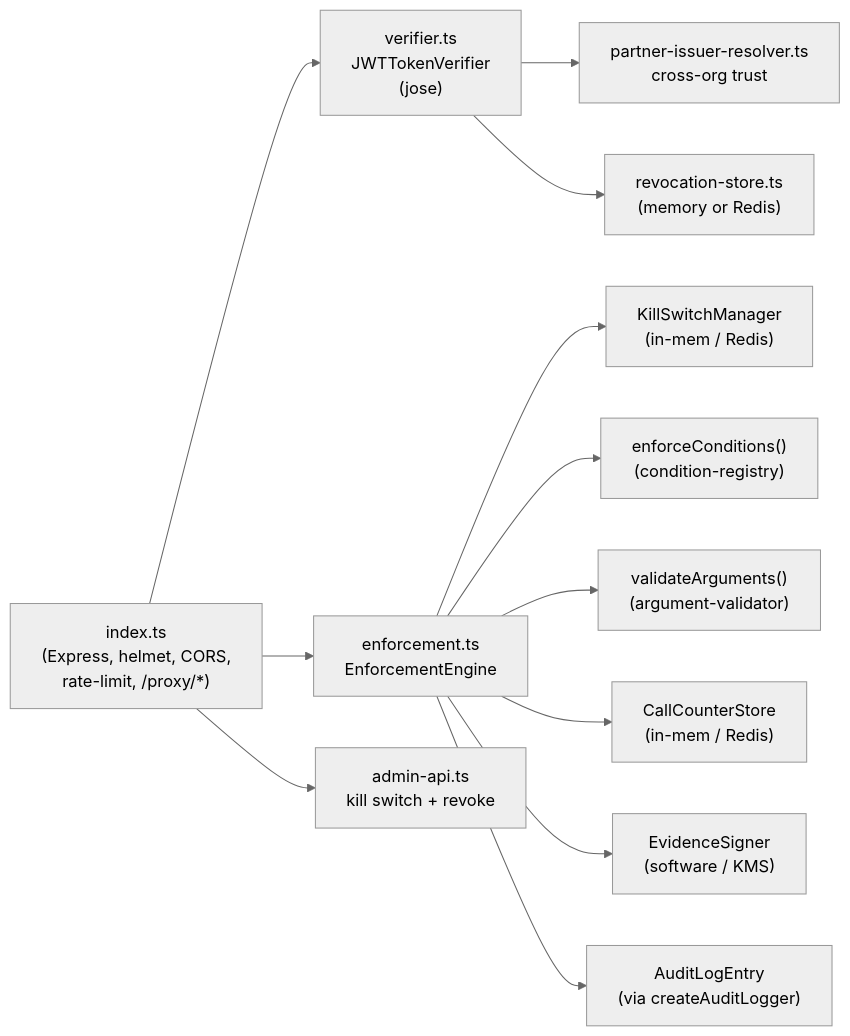
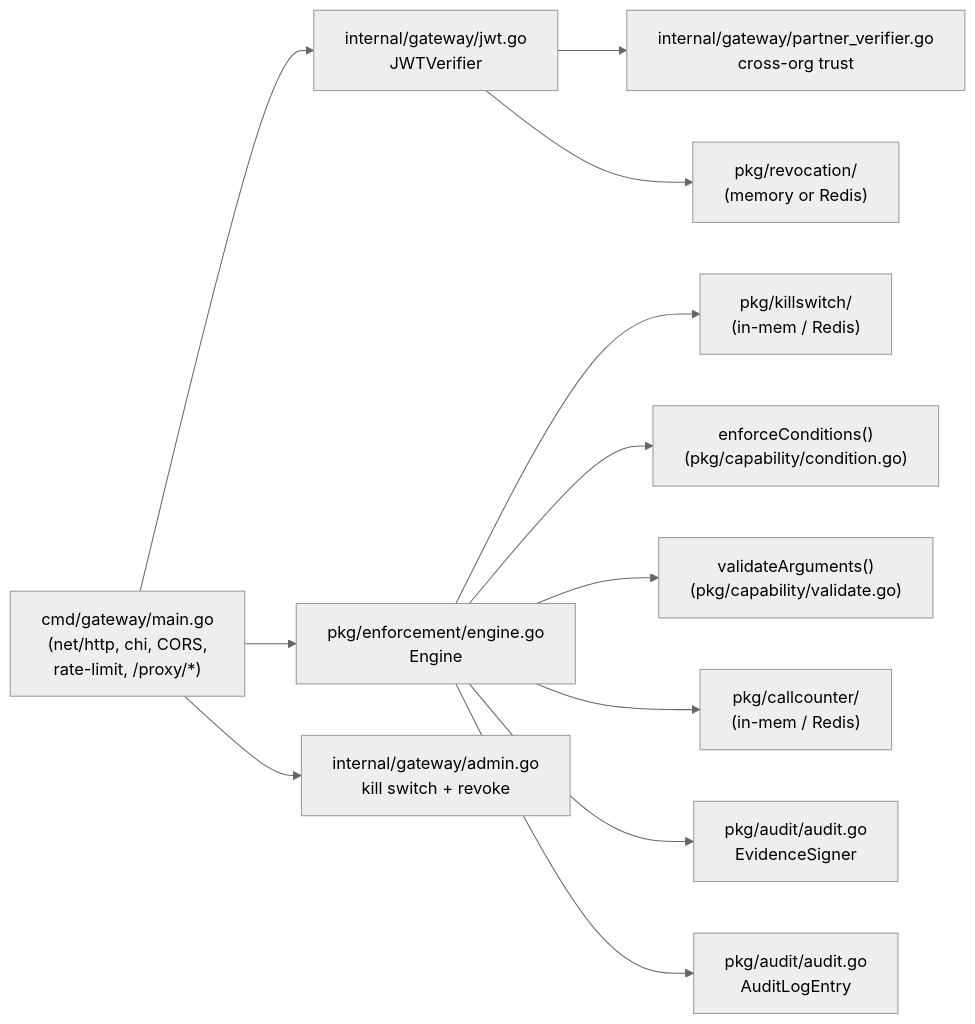
The fourth of 14 diagrams in docs/ARCHITECTURE.md (eunolabs/eunox), drawn with Mermaid (neutral theme) before and after one commit. The commit also changed other lines of this file, not shown here.

Commit message:
docs: begin updating TypeScript references to Go in ARCHITECTURE.md

````diff
--- a/docs/ARCHITECTURE.md
+++ b/docs/ARCHITECTURE.md
@@ -235,27 +235,27 @@
 ```mermaid
 flowchart LR
-    HTTP["index.ts<br/>(Express, helmet, CORS,<br/>rate-limit, /proxy/*)"]
-    Verifier["verifier.ts<br/>JWTTokenVerifier<br/>(jose)"]
-    Engine["enforcement.ts<br/>EnforcementEngine"]
-    Admin["admin-api.ts<br/>kill switch + revoke"]
-    Rev["revocation-store.ts<br/>(memory or Redis)"]
-    Partner["partner-issuer-resolver.ts<br/>cross-org trust"]
-    KS["KillSwitchManager<br/>(in-mem / Redis)"]
-    CCS["CallCounterStore<br/>(in-mem / Redis)"]
-    EV["EvidenceSigner<br/>(software / KMS)"]
-    Cond["enforceConditions()<br/>(condition-registry)"]
-    Args["validateArguments()<br/>(argument-validator)"]
-    Audit["AuditLogEntry<br/>(via createAuditLogger)"]
+    HTTP["cmd/gateway/main.go<br/>(net/http, chi, CORS,<br/>rate-limit, /proxy/*)"]
+    Verifier["internal/gateway/jwt.go<br/>JWTVerifier"]
+    Engine["pkg/enforcement/engine.go<br/>Engine"]
+    Admin["internal/gateway/admin.go<br/>kill switch + revoke"]
+    Rev["pkg/revocation/<br/>(memory or Redis)"]
+    Partner["internal/gateway/partner_verifier.go<br/>cross-org trust"]
+    KS["pkg/killswitch/<br/>(in-mem / Redis)"]
+    CCS["pkg/callcounter/<br/>(in-mem / Redis)"]
+    EV["pkg/audit/audit.go<br/>EvidenceSigner"]
+    Cond["enforceConditions()<br/>(pkg/capability/condition.go)"]
+    Args["validateArguments()<br/>(pkg/capability/validate.go)"]
+    Audit["pkg/audit/audit.go<br/>AuditLogEntry"]
 
     HTTP --> Admin
     HTTP --> Verifier
     HTTP --> Engine
     Verifier --> Partner
     Verifier --> Rev
     Engine --> KS
     Engine --> Cond
     Engine --> Args
     Engine --> CCS
     Engine --> EV
     Engine --> Audit
 ```
````
